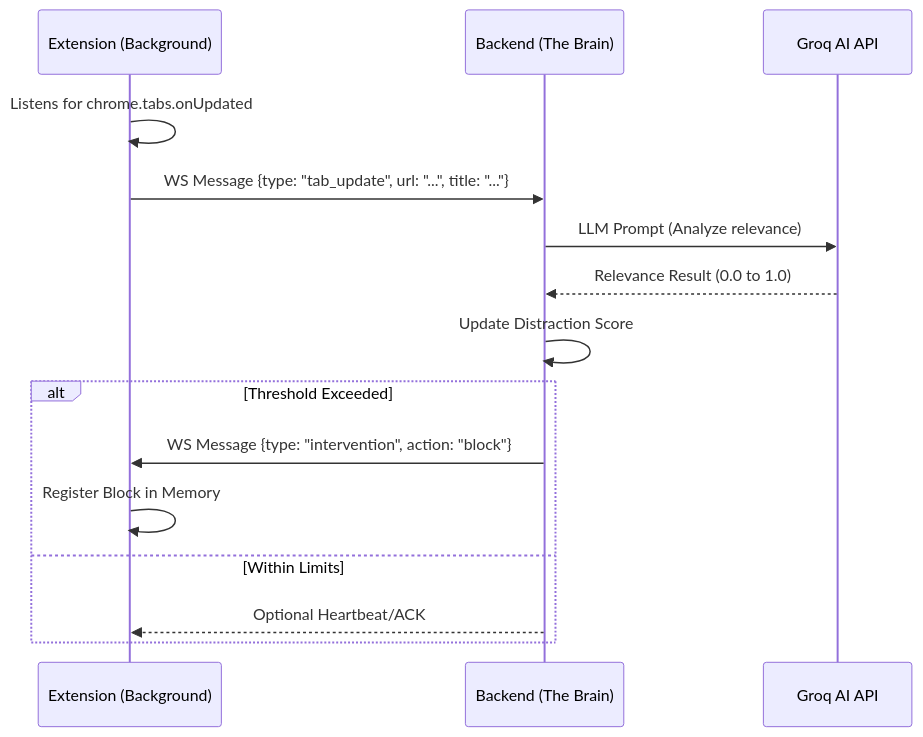
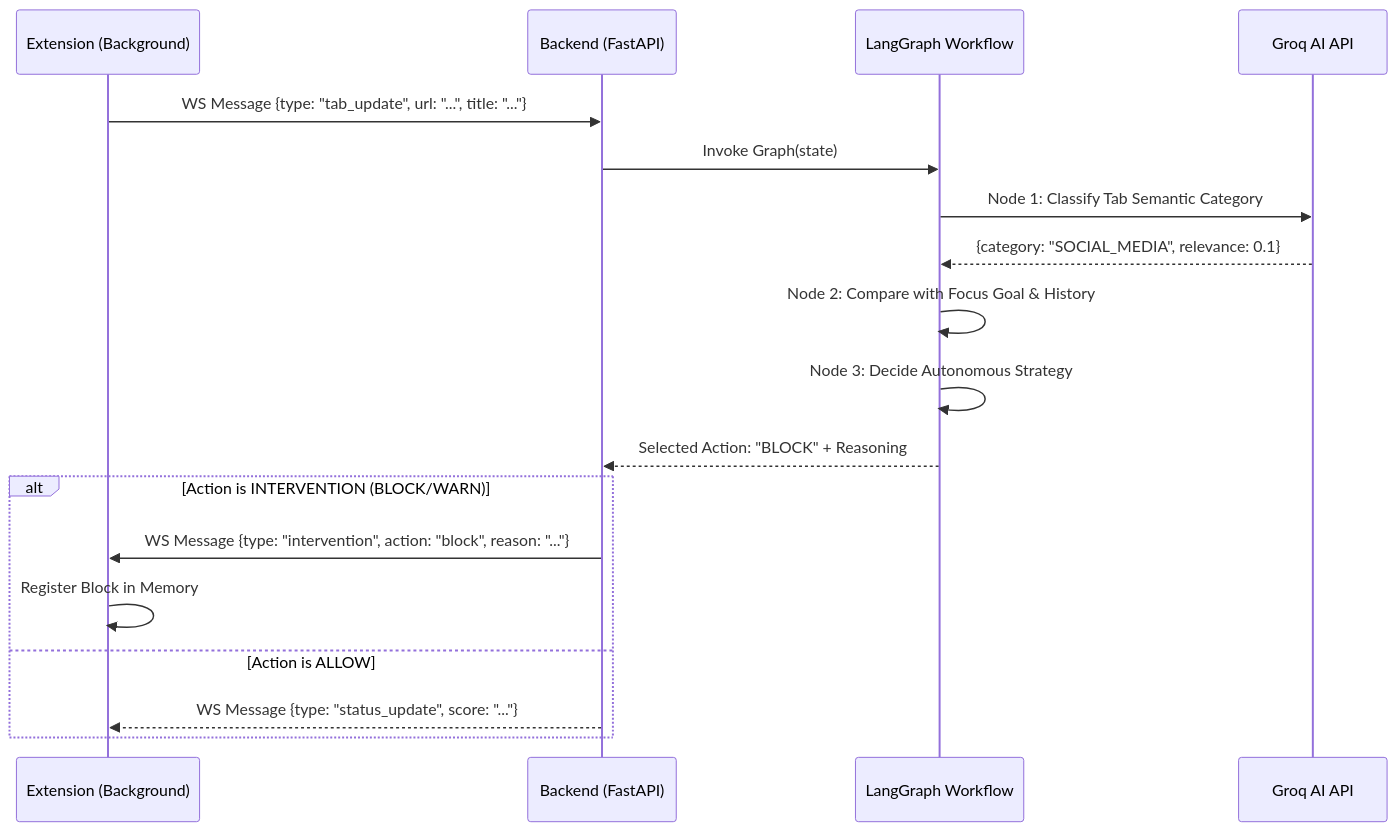
Before and after one commit to focusflowmini/FocusFlow.ai: the third of 4 diagrams in docs/system_flow.md, drawn with Mermaid. The commit also changed other lines of this file and 24 other files, not shown here.

````diff
--- a/docs/system_flow.md
+++ b/docs/system_flow.md
@@ -34,18 +34,21 @@
 ```mermaid
 sequenceDiagram
     participant E as Extension (Background)
-    participant B as Backend (The Brain)
+    participant B as Backend (FastAPI)
+    participant LG as LangGraph Workflow
     participant G as Groq AI API
     
-    E->>E: Listens for chrome.tabs.onUpdated
     E->>B: WS Message {type: "tab_update", url: "...", title: "..."}
-    B->>G: LLM Prompt (Analyze relevance)
-    G-->>B: Relevance Result (0.0 to 1.0)
-    B->>B: Update Distraction Score
-    alt Threshold Exceeded
-        B->>E: WS Message {type: "intervention", action: "block"}
+    B->>LG: Invoke Graph(state)
+    LG->>G: Node 1: Classify Tab Semantic Category
+    G-->>LG: {category: "SOCIAL_MEDIA", relevance: 0.1}
+    LG->>LG: Node 2: Compare with Focus Goal & History
+    LG->>LG: Node 3: Decide Autonomous Strategy
+    LG-->>B: Selected Action: "BLOCK" + Reasoning
+    alt Action is INTERVENTION (BLOCK/WARN)
+        B->>E: WS Message {type: "intervention", action: "block", reason: "..."}
         E->>E: Register Block in Memory
-    else Within Limits
-        B-->>E: Optional Heartbeat/ACK
+    else Action is ALLOW
+        B-->>E: WS Message {type: "status_update", score: "..."}
     end
 ```
````
